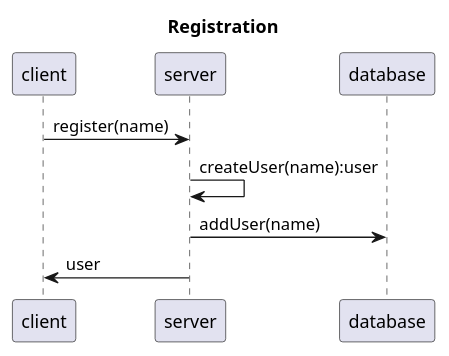
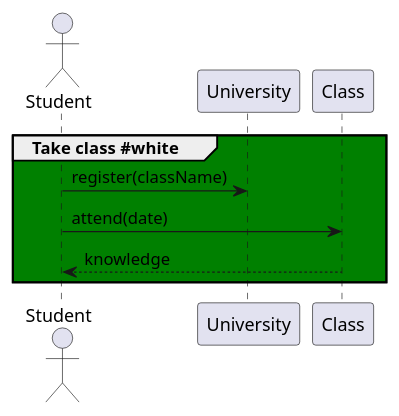
The diagram in chess/2-server-design/server-design.md (softwareconstruction240/softwareconstruction), drawn with PlantUML before and after one commit. The commit also changed other lines of this file and 3 other files, not shown here.

Commit message:
enhance(phase2) to use sequence diagrams

````diff
--- a/chess/2-server-design/server-design.md
+++ b/chess/2-server-design/server-design.md
@@ -92,8 +96,9 @@
 ```uml
-title Registration
+actor Student
 
-client->server:register(name)
-server->server:createUser(name):user
-server->database:addUser(name)
-server->client:user
+group #green Take class #white
+Student -> University:register(className)
+Student -> Class:attend(date)
+Class --> Student:knowledge
+end
 ```
````
